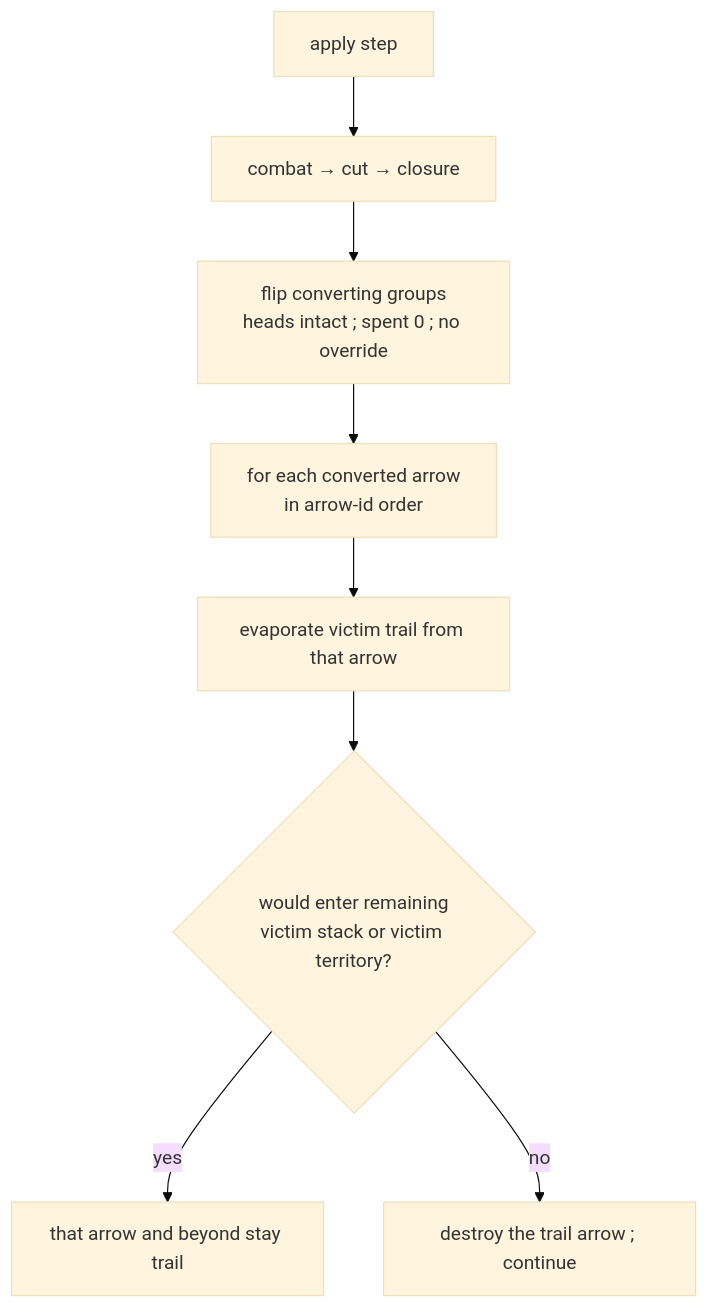
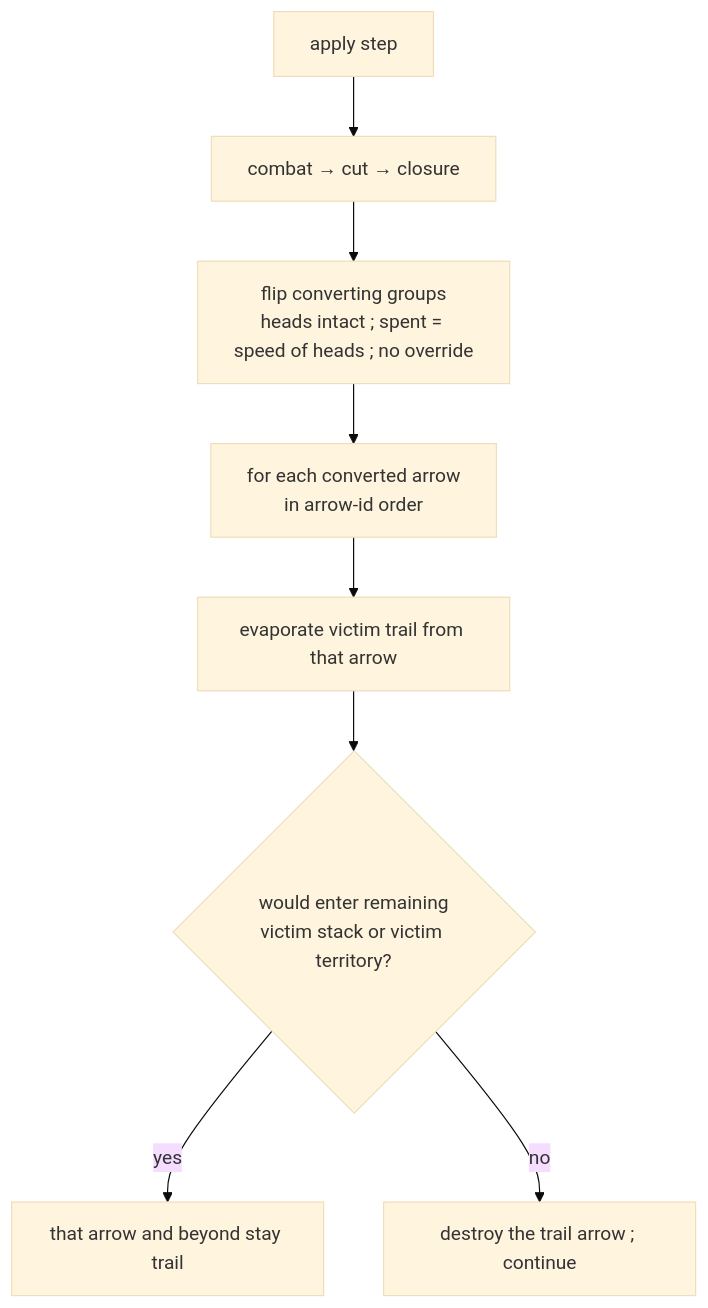
One commit to hochgi/conquarrow changed the diagram in docs/spec/encircled-path/encircled-path.md. Above: the diagram before and after it, drawn with Mermaid (base theme). The commit also changed 45 other files, not shown here.

````diff
--- a/docs/spec/encircled-path/encircled-path.md
+++ b/docs/spec/encircled-path/encircled-path.md
@@ -44,10 +44,10 @@
 ```mermaid
 flowchart TD
   Apply["apply step"] --> C["combat → cut → closure"]
-  C --> Flip["flip converting groups<br/>heads intact #59; spent 0 #59; no override"]
+  C --> Flip["flip converting groups<br/>heads intact #59; spent = speed of heads #59; no override"]
   Flip --> Seed["for each converted arrow<br/>in arrow-id order"]
   Seed --> Wipe["evaporate victim trail from that arrow"]
   Wipe --> Halt{"would enter remaining<br/>victim stack or victim territory?"}
   Halt -- yes --> Keep["that arrow and beyond stay trail"]
   Halt -- no --> Gone["destroy the trail arrow #59; continue"]
 ```
````
